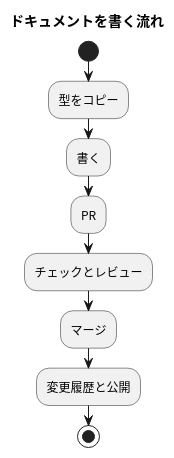
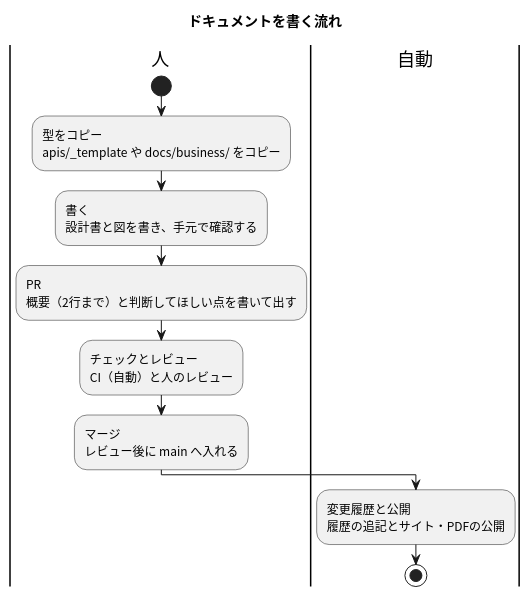
Before and after one commit to masamasamasato/design-doc-template: the diagram in docs/usage-flow.puml, drawn with PlantUML. The commit also changed other lines of this file and 2 other files, not shown here.

Commit message:
ドキュメントを書く流れの図に、役割の行と人／自動のレーンを足す

```diff
--- a/docs/usage-flow.puml
+++ b/docs/usage-flow.puml
@@ -2,16 +3,18 @@
 @startuml
 skinparam shadowing false
 skinparam defaultFontName "Noto Sans CJK JP"
 skinparam ActivityFontName "Noto Sans CJK JP"
 
 title ドキュメントを書く流れ
 
+|人|
 start
-:型をコピー;
-:書く;
-:PR;
-:チェックとレビュー;
-:マージ;
-:変更履歴と公開;
+:型をコピー\napis/_template や docs/business/ をコピー;
+:書く\n設計書と図を書き、手元で確認する;
+:PR\n概要（2行まで）と判断してほしい点を書いて出す;
+:チェックとレビュー\nCI（自動）と人のレビュー;
+:マージ\nレビュー後に main へ入れる;
+|自動|
+:変更履歴と公開\n履歴の追記とサイト・PDFの公開;
 stop
 @enduml
```
